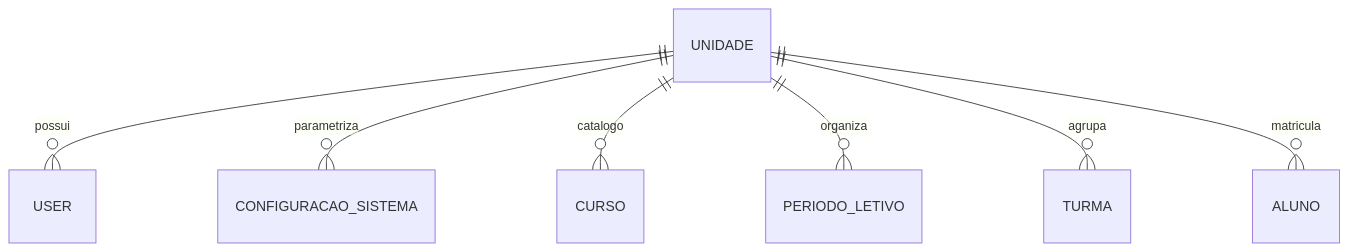
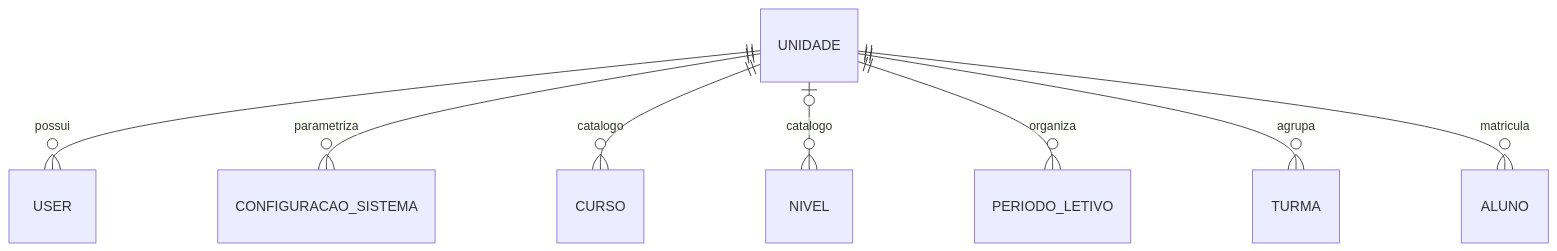
Before and after one commit to fmtic/pautaon: the first of 7 diagrams in app/models/MER.md, drawn with Mermaid. The commit also changed other lines of this file and 44 other files, not shown here.

````diff
--- a/app/models/MER.md
+++ b/app/models/MER.md
@@ -161,9 +191,10 @@
 ```mermaid
 erDiagram
     UNIDADE ||--o{ USER : possui
     UNIDADE ||--o{ CONFIGURACAO_SISTEMA : parametriza
     UNIDADE ||--o{ CURSO : catalogo
+    UNIDADE |o--o{ NIVEL : catalogo
     UNIDADE ||--o{ PERIODO_LETIVO : organiza
     UNIDADE ||--o{ TURMA : agrupa
     UNIDADE ||--o{ ALUNO : matricula
 ```
````
